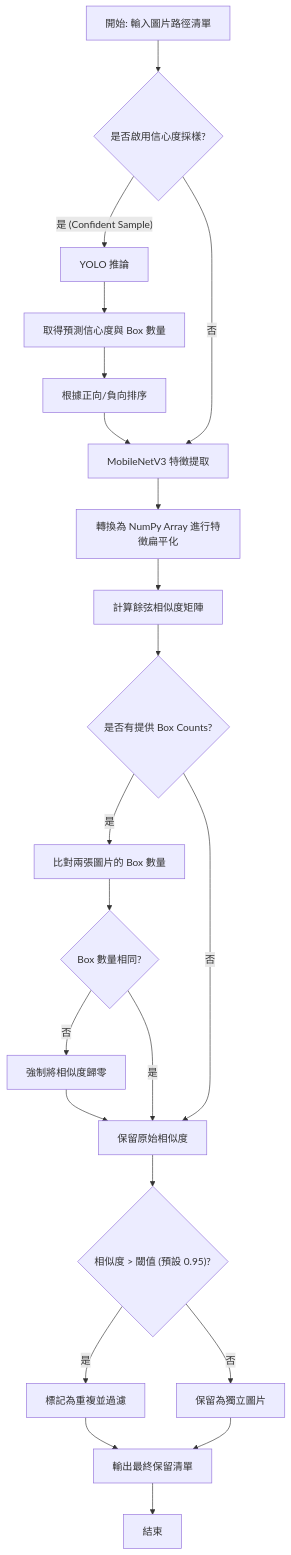
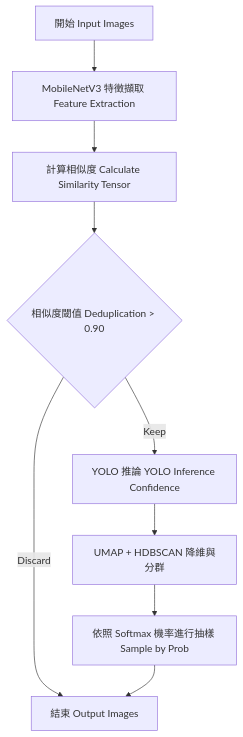
One commit to leo2783/Traffic-Violation-Reporting-Automation-TVRA changed the diagram in sampling/detail/SAMPLING_DETAILS_zh.md. Above: the diagram before and after it, drawn with Mermaid. The commit also changed other lines of this file and 13066 other files, not shown here.

````diff
--- a/sampling/detail/SAMPLING_DETAILS_zh.md
+++ b/sampling/detail/SAMPLING_DETAILS_zh.md
@@ -10,30 +10,11 @@
 ```mermaid
 graph TD
-    A[開始: 輸入圖片路徑清單] --> B{"是否啟用信心度採樣?"}
-    
-    B -- 是 (Confident Sample) --> C[YOLO 推論]
-    C --> C1[取得預測信心度與 Box 數量]
-    C1 --> C2[根據正向/負向排序]
-    C2 --> D
-    
-    B -- 否 --> D[MobileNetV3 特徵提取]
-    
-    D --> E[轉換為 NumPy Array 進行特徵扁平化]
-    E --> F[計算餘弦相似度矩陣]
-    
-    F --> G{"是否有提供 Box Counts?"}
-    G -- 是 --> H[比對兩張圖片的 Box 數量]
-    H --> I{"Box 數量相同?"}
-    I -- 否 --> J[強制將相似度歸零]
-    I -- 是 --> K
-    G -- 否 --> K[保留原始相似度]
-    J --> K
-    
-    K --> L{"相似度 > 閾值 (預設 0.95)?"}
-    L -- 是 --> M[標記為重複並過濾]
-    L -- 否 --> N[保留為獨立圖片]
-    
-    M --> O[輸出最終保留清單]
-    N --> O
-    O --> P[結束]
+    A[開始 Input Images] --> B[MobileNetV3 特徵擷取 Feature Extraction]
+    B --> C[計算相似度 Calculate Similarity Tensor]
+    C --> D{相似度閾值 Deduplication > 0.90}
+    D -- Discard --> H[結束 Output Images]
+    D -- Keep --> E[YOLO 推論 YOLO Inference Confidence]
+    E --> F[UMAP + HDBSCAN 降維與分群]
+    F --> G[依照 Softmax 機率進行抽樣 Sample by Prob]
+    G --> H
 ```
````
